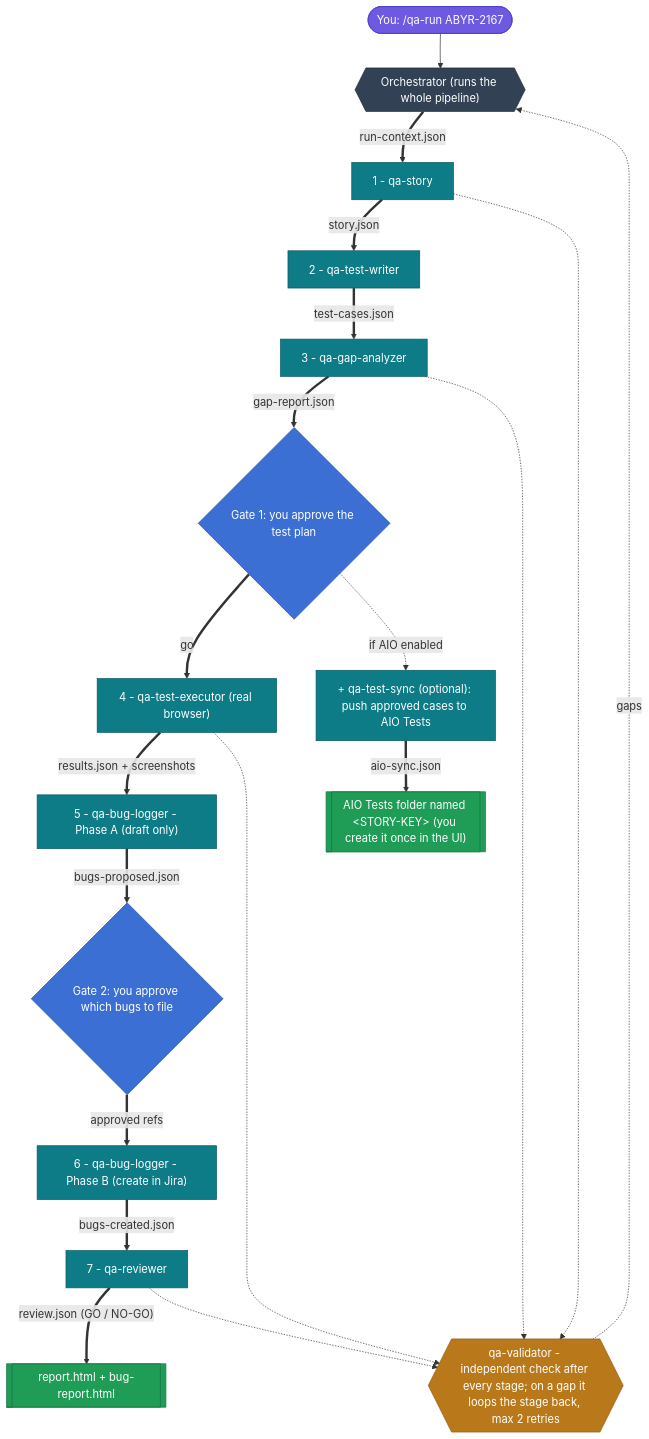
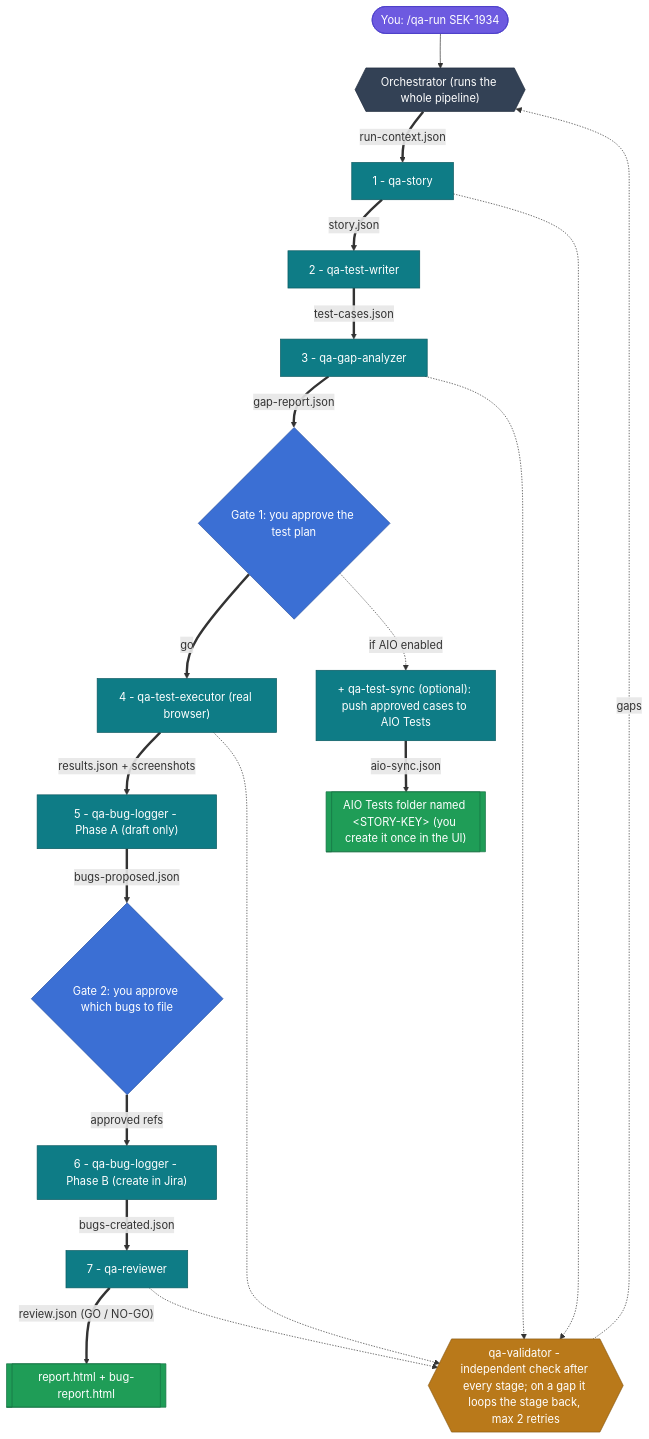
Before and after one commit to UsamaArshadJadoon/ManualTestingAgent: the diagram in README.md, drawn with Mermaid. The commit also changed other lines of this file and 6 other files, not shown here.

````diff
--- a/README.md
+++ b/README.md
@@ -33,31 +33,31 @@
 ```mermaid
 flowchart TD
-    U(["You: /qa-run ABYR-2167"]):::you
+    U(["You: /qa-run SEK-1934"]):::you
     U --> ORCH{{"Orchestrator (runs the whole pipeline)"}}:::orch
     ORCH == run-context.json ==> S1["1 - qa-story"]:::agent
     S1 == story.json ==> S2["2 - qa-test-writer"]:::agent
     S2 == test-cases.json ==> S3["3 - qa-gap-analyzer"]:::agent
     S3 == gap-report.json ==> G1{"Gate 1: you approve the test plan"}:::gate
     G1 == go ==> S4["4 - qa-test-executor (real browser)"]:::agent
     G1 -. "if AIO enabled" .-> SYNC["+ qa-test-sync (optional): push approved cases to AIO Tests"]:::agent
     SYNC == aio-sync.json ==> AIOF[["AIO Tests folder named &lt;STORY-KEY&gt; (you create it once in the UI)"]]:::report
     S4 == "results.json + screenshots" ==> S5A["5 - qa-bug-logger - Phase A (draft only)"]:::agent
     S5A == bugs-proposed.json ==> G2{"Gate 2: you approve which bugs to file"}:::gate
     G2 == approved refs ==> S5B["6 - qa-bug-logger - Phase B (create in Jira)"]:::agent
     S5B == bugs-created.json ==> S6["7 - qa-reviewer"]:::agent
     S6 == "review.json (GO / NO-GO)" ==> R[["report.html + bug-report.html"]]:::report
 
     VAL{{"qa-validator - independent check after every stage; on a gap it loops the stage back, max 2 retries"}}:::val
     S1 -.-> VAL
     S3 -.-> VAL
     S4 -.-> VAL
     S6 -.-> VAL
     VAL -. gaps .-> ORCH
 
     classDef you fill:#6d5ae0,stroke:#4b3ec9,color:#fff;
     classDef orch fill:#334155,stroke:#1e293b,color:#fff;
     classDef agent fill:#0e7c86,stroke:#0a5960,color:#fff;
     classDef val fill:#b9791a,stroke:#8a5a12,color:#fff;
     classDef gate fill:#3b6fd4,stroke:#2a52a0,color:#fff;
     classDef report fill:#1f9d57,stroke:#167243,color:#fff;
 ```
````
